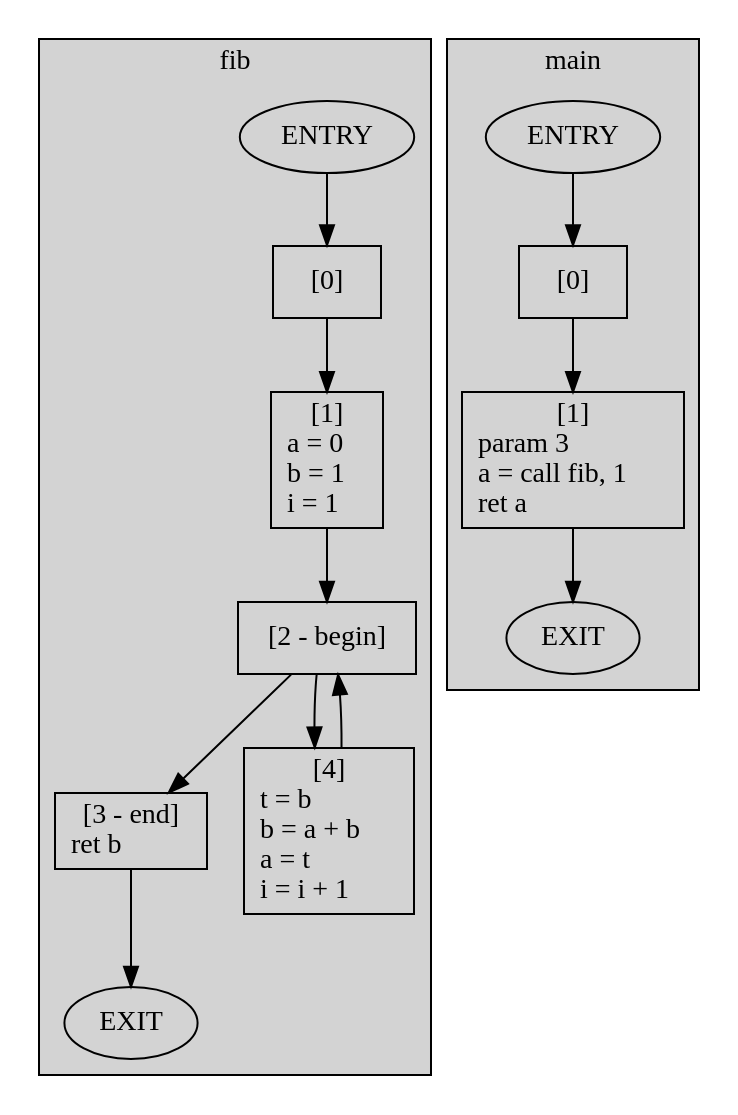
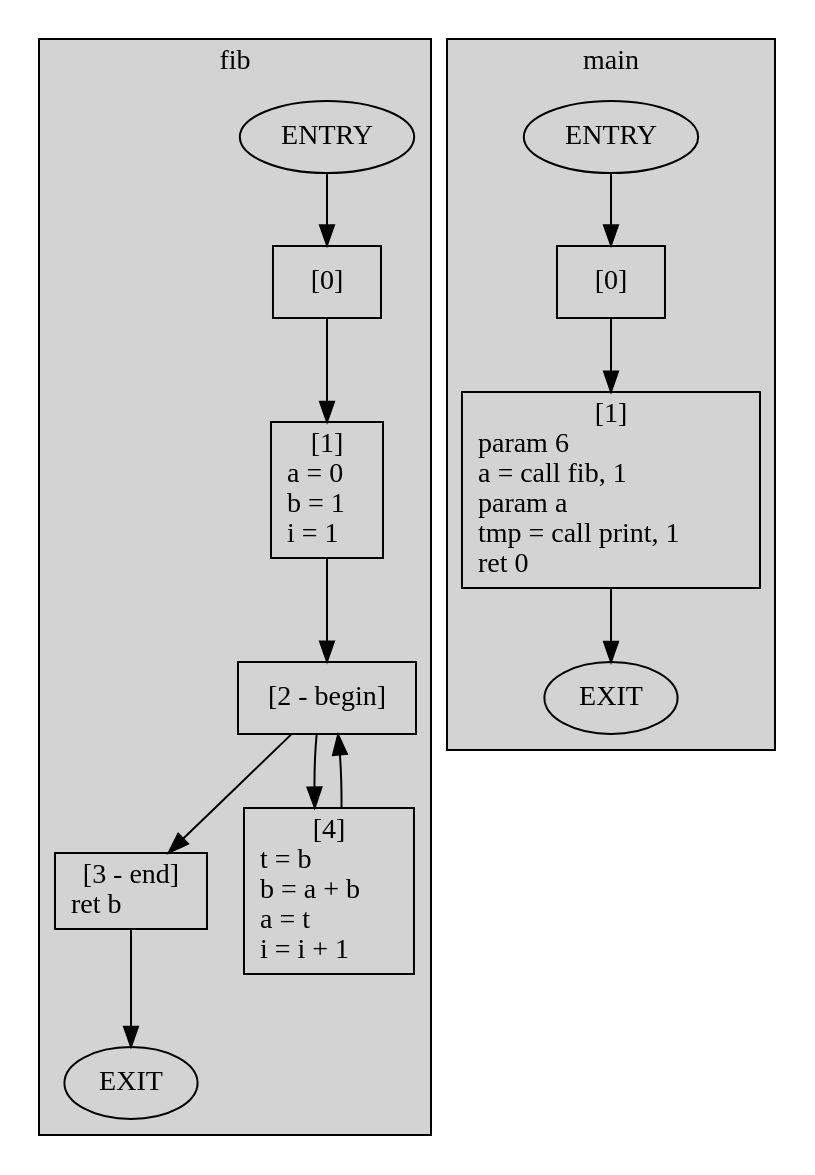
Before and after one commit to hyouteki/irl: the diagram in eg/fib.dot, drawn with Graphviz. The commit also changed 15 other files, not shown here.

```diff
--- a/eg/fib.dot
+++ b/eg/fib.dot
@@ -1,33 +1,33 @@
 digraph "./eg/fib.dot" {
     subgraph cluster_fib {
         label="fib";
         graph [style=filled];
         fib_ENTRY [label="ENTRY"];
         fib_EXIT [label="EXIT"];
         fib_ENTRY -> fib_BB0;
         fib_BB0 [shape=record label="[0]\n"];
         fib_BB0 -> fib_BB1;
         fib_BB1 [shape=record label="[1]\na = 0\lb = 1\li = 1\l"];
         fib_BB1 -> fib_BB2;
         fib_BB2 [shape=record label="[2 - begin]\n"];
         fib_BB2 -> fib_BB3;
         fib_BB2 -> fib_BB4;
         fib_BB3 [shape=record label="[3 - end]\nret b\l"];
         fib_BB3 -> fib_EXIT;
         fib_BB4 [shape=record label="[4]\nt = b\lb = a + b\la = t\li = i + 1\l"];
         fib_BB4 -> fib_BB2;
     }
 
     subgraph cluster_main {
         label="main";
         graph [style=filled];
         main_ENTRY [label="ENTRY"];
         main_EXIT [label="EXIT"];
         main_ENTRY -> main_BB0;
         main_BB0 [shape=record label="[0]\n"];
         main_BB0 -> main_BB1;
-        main_BB1 [shape=record label="[1]\nparam 3\la = call fib, 1\lret a\l"];
+        main_BB1 [shape=record label="[1]\nparam 6\la = call fib, 1\lparam a\ltmp = call print, 1\lret 0\l"];
         main_BB1 -> main_EXIT;
     }
 
 }
```
